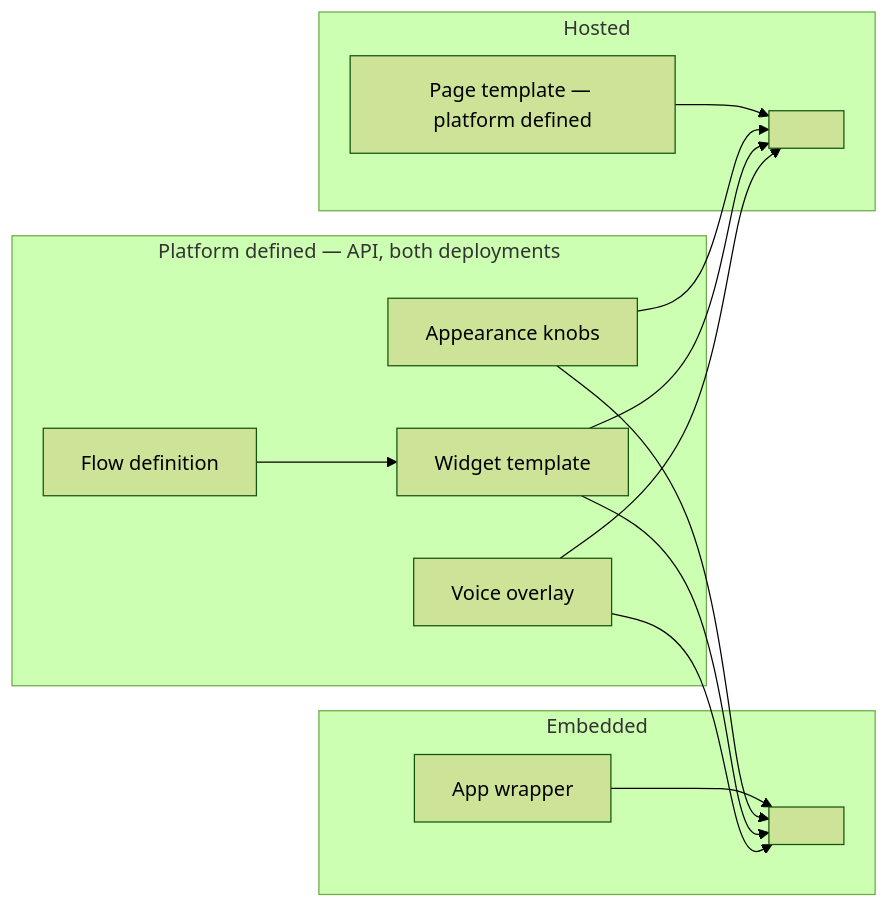
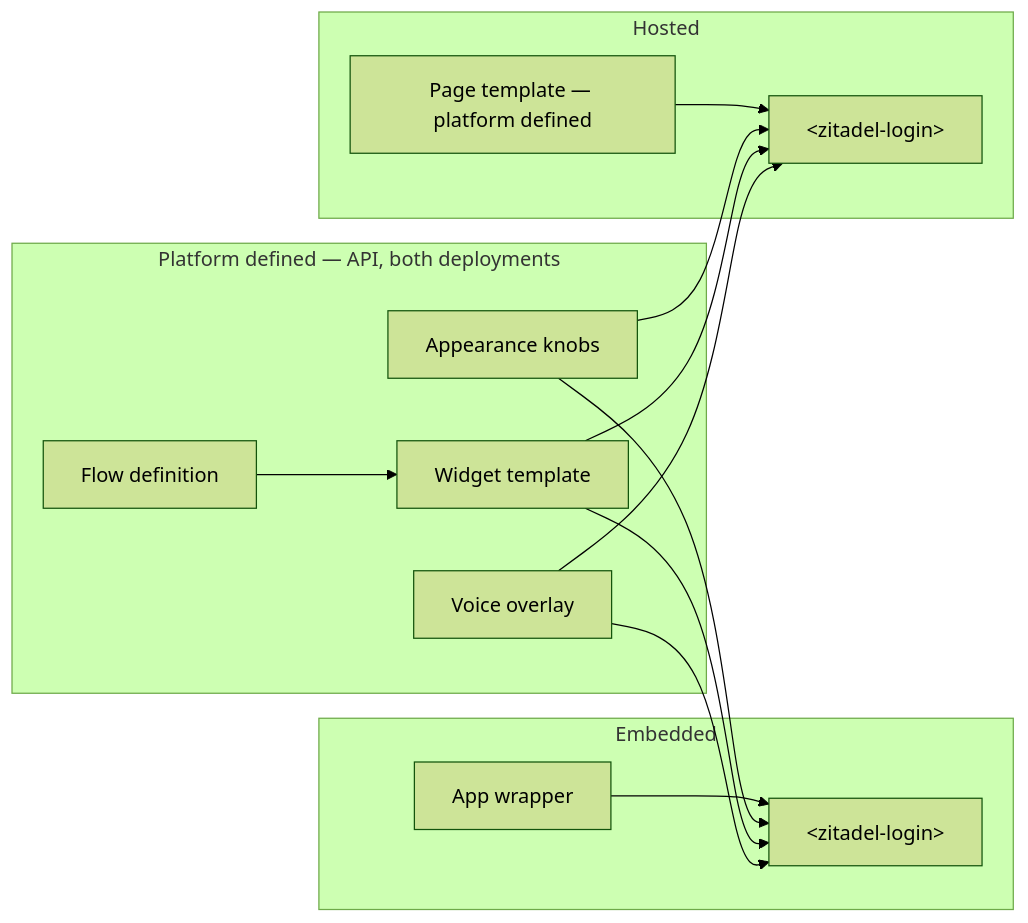
The third of 5 diagrams in docs/design/branding/customization-strategy.md (zitadel/nextgen), drawn with Mermaid (forest theme) before and after one commit. The commit also changed other lines of this file, not shown here.

First line of the commit message:
docs: show zitadel-login labels on customization graphs

````diff
--- a/docs/design/branding/customization-strategy.md
+++ b/docs/design/branding/customization-strategy.md
@@ -159,26 +159,26 @@
 ```mermaid
 flowchart LR
   subgraph embed [Embedded]
     EW[App wrapper]
-    EL["<zitadel-login>"]
+    EL["#lt;zitadel-login#gt;"]
     EW --> EL
   end
   subgraph hosted [Hosted]
     PT["Page template — platform defined"]
-    HL["<zitadel-login>"]
+    HL["#lt;zitadel-login#gt;"]
     PT --> HL
   end
   subgraph api [Platform defined — API, both deployments]
     AP[Appearance knobs]
     WT[Widget template]
     VO[Voice overlay]
     FL[Flow definition]
   end
   AP --> EL
   AP --> HL
   WT --> EL
   WT --> HL
   VO --> EL
   VO --> HL
   FL --> WT
 ```
````
